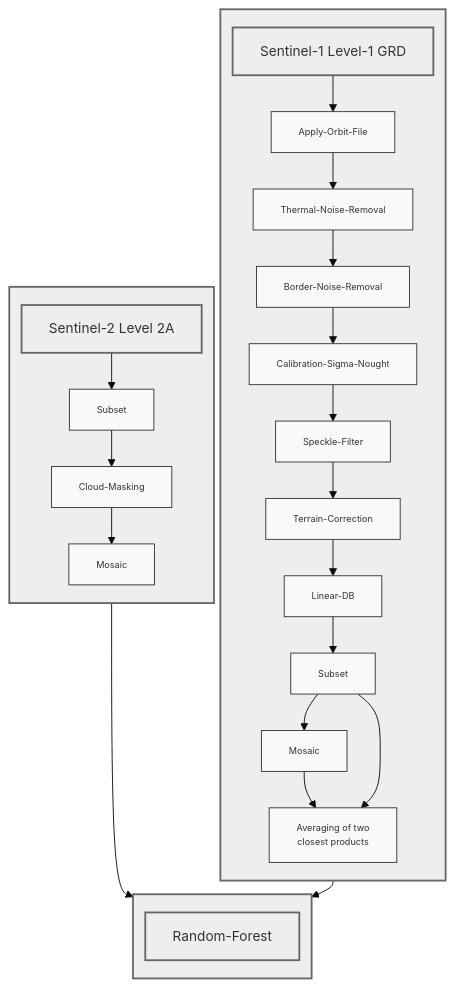
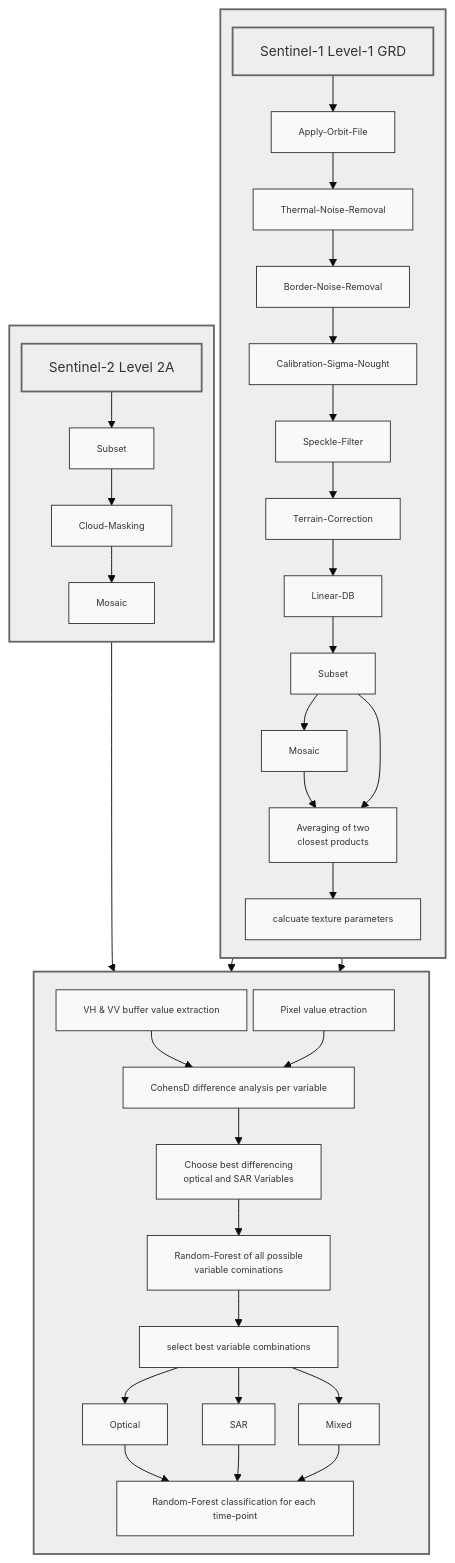
Before and after one commit to Dege314/MLU_LSS_1: the diagram in README.md, drawn with Mermaid.

Commit message:
Update workflow

````diff
--- a/README.md
+++ b/README.md
@@ -5,48 +5,64 @@
 ```mermaid
 %%{init: {'theme': 'base', 'themeVariables': { 'fontSize': '10px', 'fontFamily': 'arial' }, 'flowchart': { 'nodeSpacing': 7,'rankSpacing': 15 }}}%%
 flowchart TD
     %% Konfiguration für gerade/eckige Linien
     linkStyle default orthogonal
 
     %% S1-Subgraph
     subgraph Sentinel1[" "]
         direction TB
         Title["Sentinel-1 Level-1 GRD"]
         Title --> AOF
         AOF["Apply-Orbit-File"] --> TNR["Thermal-Noise-Removal"]
         TNR --> BNR["Border-Noise-Removal"]
         BNR --> Cal["Calibration-Sigma-Nought"]
         Cal --> SPK["Speckle-Filter"]
         SPK --> TCR["Terrain-Correction"]
         TCR --> LDB["Linear-DB"]
         LDB --> 1SUB["Subset"]
         1SUB --> 1MSC["Mosaic"]
         1MSC --> Mean["Averaging of two <br> closest products"]
+        Mean --> TP["calcuate texture parameters"]
         1SUB --> Mean
     end
 
     %% Sentinel-2 Subgraph
     subgraph Sentinel2[" "]
         direction TB
         Title2["Sentinel-2 Level 2A"]
         Title2 --> 2SUB
         2SUB["Subset"] --> CLM["Cloud-Masking"]
         CLM --> 2MSC["Mosaic"]
     end
 
     %% Analyse Subgraph
     subgraph Classification[" "]
         direction TB
-       RF["Random-Forest"]
+        BE["VH & VV buffer value extraction"]
+        PE["Pixel value etraction"]
+        BE --> CD["CohensD difference analysis per variable"]
+        PE --> CD
+        CD --> BV["Choose best differencing <br> optical and SAR Variables"]
+        BV --> RF1["Random-Forest of all possible <br> variable cominations"]
+        RF1 --> SB["select best variable combinations"]
+        SB --> Optical["Optical"]
+        SB --> SAR["SAR"]
+        SB --> Mixed["Mixed"]
+        Optical --> RF2["Random-Forest classification for each time-point"]
+        SAR --> RF2
+        Mixed -->RF2
+
+        
     end
 
     %% Verbindungen zwischen Subgraphs
-        Mean --> RF
-        2MSC --> RF
+        TP --> PE
+        2MSC --> PE
+        TP --> BE
 
     %% Stil- und Layoutoptimierungen
     classDef box fill:#f9f9f9,stroke:#333,stroke-width:1px,font-size:10px
     classDef subgraph_style fill:#eeeeee,stroke:#666,stroke-width:2px,font-size:15px, padding:10
-    class AOF,TNR,BNR,Cal,SPK,TCR,LDB,1SUB,1MSC,Mean,2SUB,CLM,RF,1MSC,2MSC,App box
+    class AOF,TNR,BNR,Cal,SPK,TCR,LDB,1SUB,1MSC,Mean,TP,2SUB,CLM,BE,PE,CD,BV,RF1,RF2,SB,1MSC,2MSC,Optical,SAR,Mixed,App box
     class Sentinel1,Sentinel2,Classification,Title,Title2,RF subgraph_style
 ```
````
